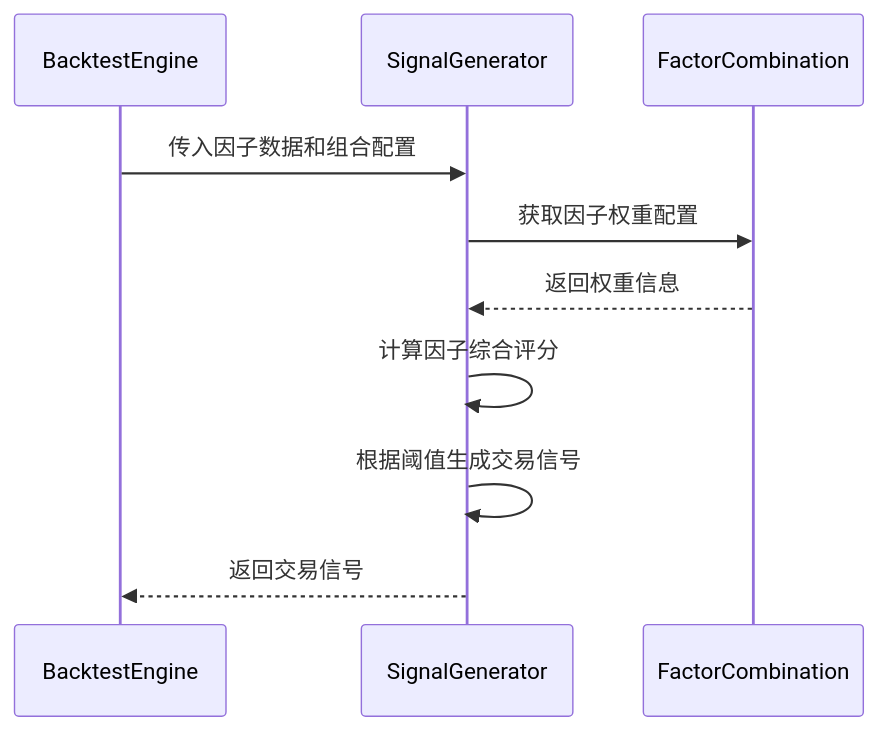
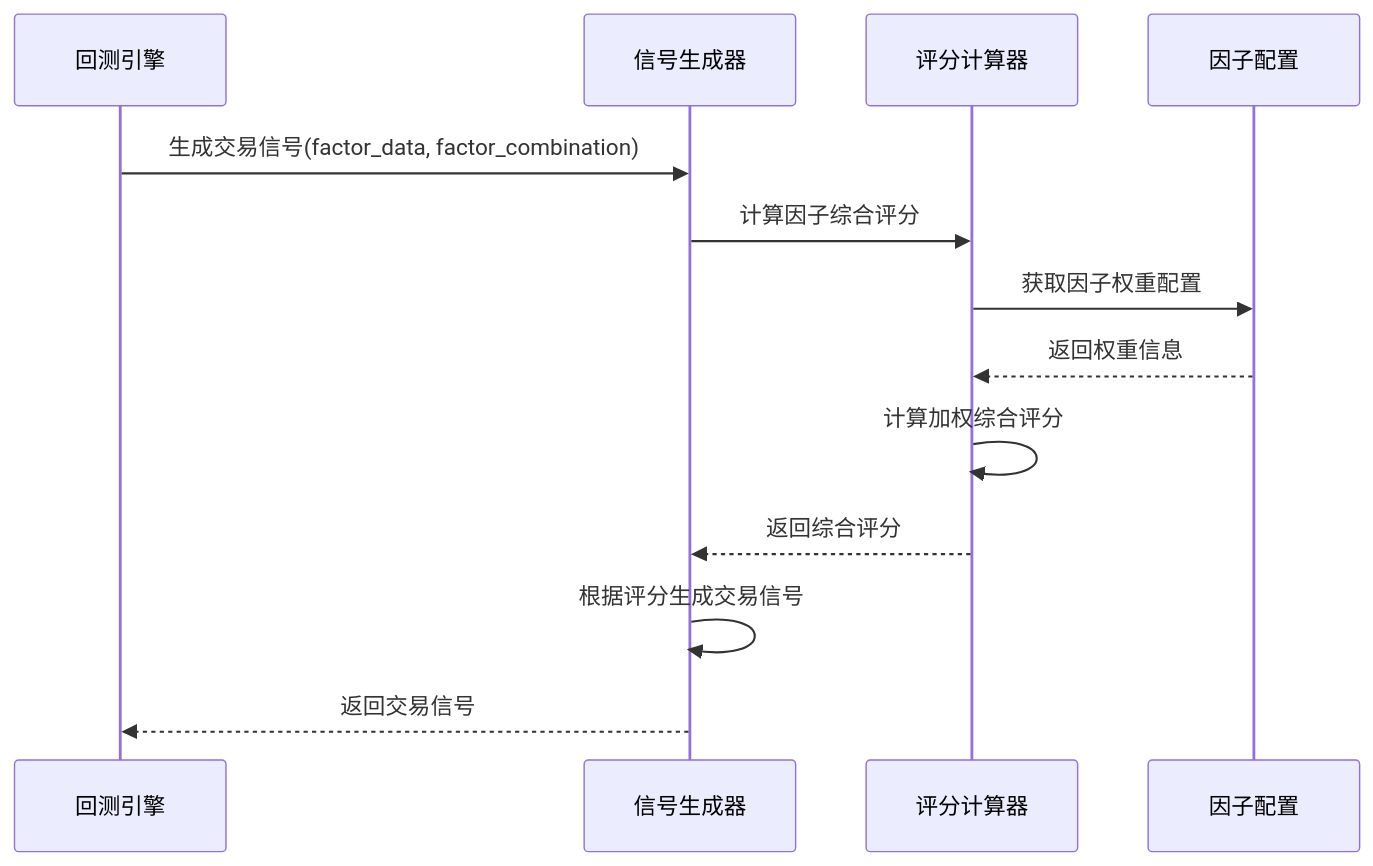
One commit to Casper-Mars/qtrade changed the third of 7 diagrams in docs/iteration-3-prediction-model/tasks_backtest_engine.md. Above: the diagram before and after it, drawn with Mermaid. The commit also changed other lines of this file and 1 other file, not shown here.

First line of the commit message:
refactor(回测引擎): 重命名FactorCombination为BacktestFactorConfig以明确用途

````diff
--- a/docs/iteration-3-prediction-model/tasks_backtest_engine.md
+++ b/docs/iteration-3-prediction-model/tasks_backtest_engine.md
@@ -83,13 +89,16 @@
     ```mermaid
     sequenceDiagram
-        participant BE as BacktestEngine
-        participant SG as SignalGenerator
-        participant FC as FactorCombination
+        participant Engine as 回测引擎
+        participant Generator as 信号生成器
+        participant Scorer as 评分计算器
+        participant Config as 因子配置
         
-        BE->>SG: 传入因子数据和组合配置
-        SG->>FC: 获取因子权重配置
-        FC-->>SG: 返回权重信息
-        SG->>SG: 计算因子综合评分
-        SG->>SG: 根据阈值生成交易信号
-        SG-->>BE: 返回交易信号
+        Engine->>Generator: 生成交易信号(factor_data, factor_combination)
+        Generator->>Scorer: 计算因子综合评分
+        Scorer->>Config: 获取因子权重配置
+        Config-->>Scorer: 返回权重信息
+        Scorer->>Scorer: 计算加权综合评分
+        Scorer-->>Generator: 返回综合评分
+        Generator->>Generator: 根据评分生成交易信号
+        Generator-->>Engine: 返回交易信号
     ```
````
